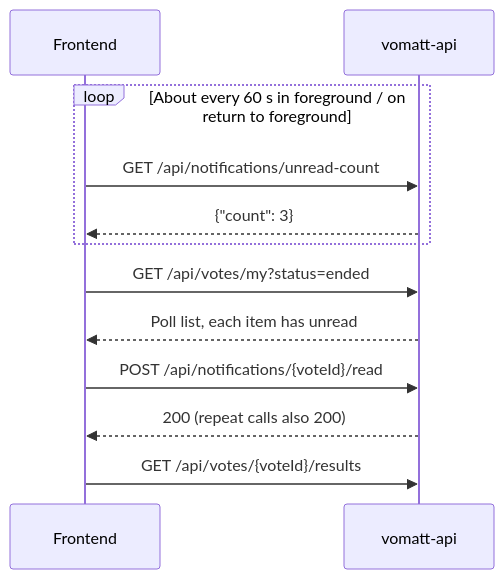
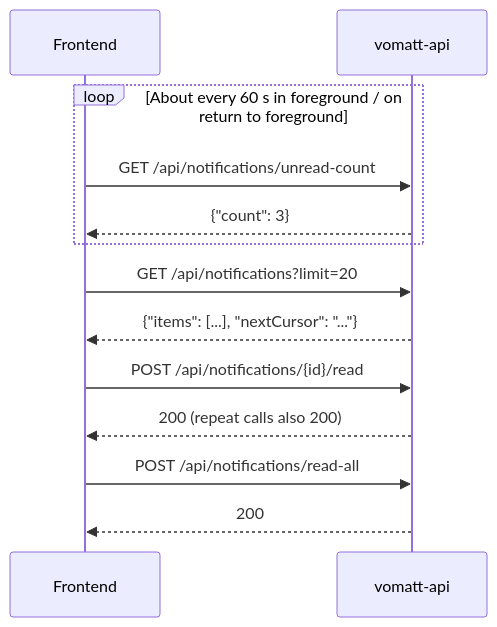
One commit to vomatt/vomatt-api changed the diagram in docs/frontend/flows/notifications.md. Above: the diagram before and after it, drawn with Mermaid. The commit also changed other lines of this file and 75 other files, not shown here.

````diff
--- a/docs/frontend/flows/notifications.md
+++ b/docs/frontend/flows/notifications.md
@@ -7,14 +7,15 @@
 ```mermaid
 sequenceDiagram
     participant FE as Frontend
     participant API as vomatt-api
     loop About every 60 s in foreground / on return to foreground
         FE->>API: GET /api/notifications/unread-count
         API-->>FE: {"count": 3}
     end
-    FE->>API: GET /api/votes/my?status=ended
-    API-->>FE: Poll list, each item has unread
-    FE->>API: POST /api/notifications/{voteId}/read
+    FE->>API: GET /api/notifications?limit=20
+    API-->>FE: {"items": [...], "nextCursor": "..."}
+    FE->>API: POST /api/notifications/{id}/read
     API-->>FE: 200 (repeat calls also 200)
-    FE->>API: GET /api/votes/{voteId}/results
+    FE->>API: POST /api/notifications/read-all
+    API-->>FE: 200
 ```
````
